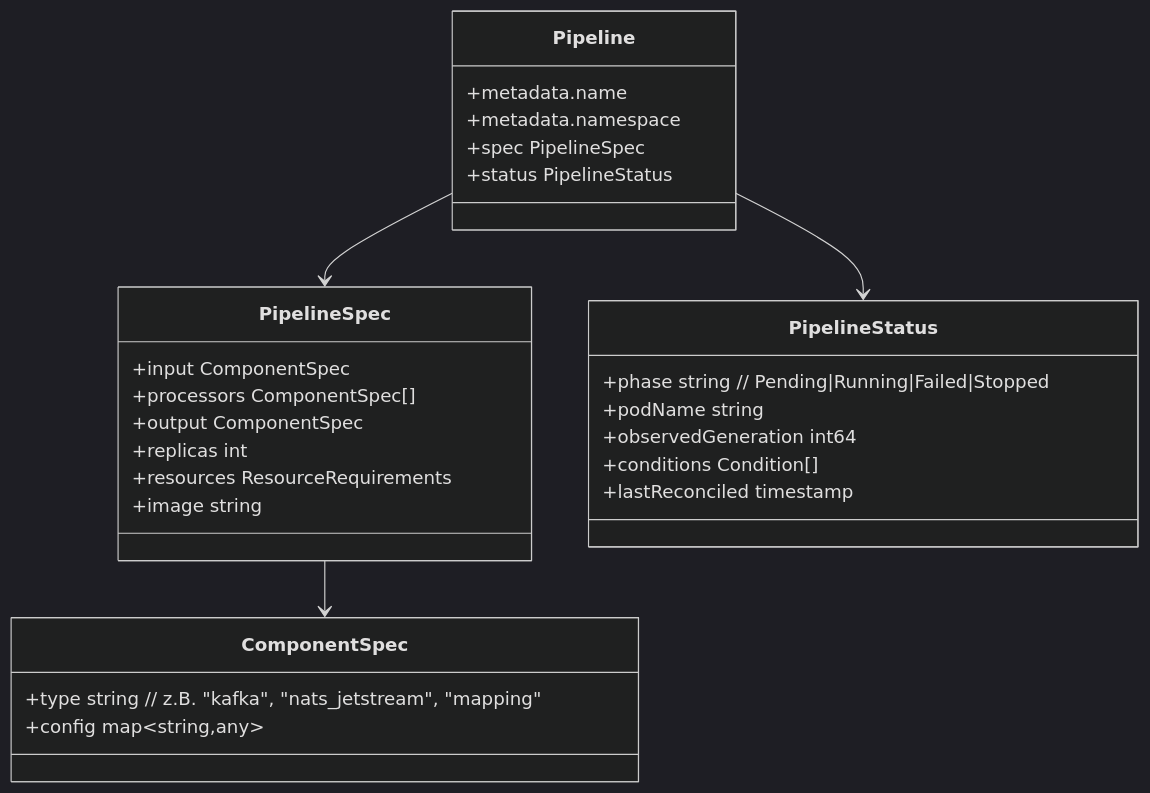
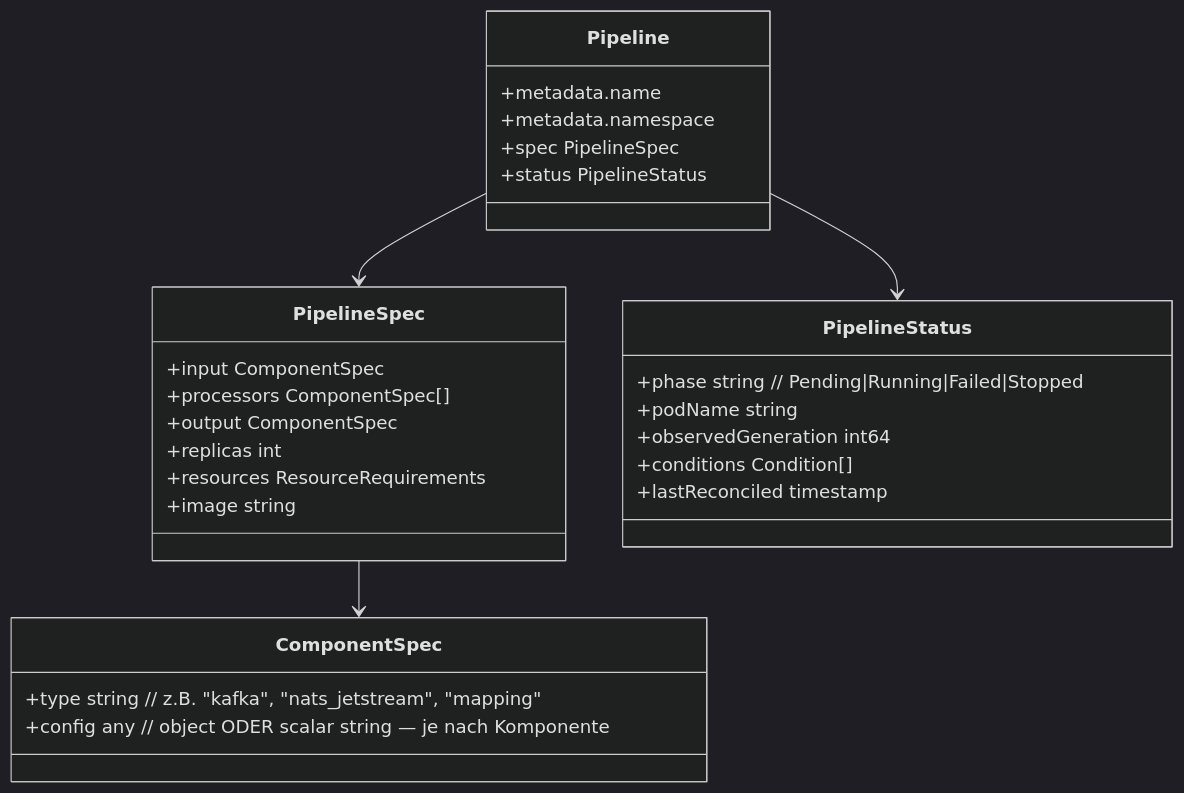
One commit to insidegreen/rpc-operator changed the third of 6 diagrams in ARCHITECTURE.md. Above: the diagram before and after it, drawn with Mermaid (dark theme). The commit also changed other lines of this file and 1 other file, not shown here.

````diff
--- a/ARCHITECTURE.md
+++ b/ARCHITECTURE.md
@@ -120,32 +120,32 @@
 ```mermaid
 classDiagram
     class Pipeline {
       +metadata.name
       +metadata.namespace
       +spec PipelineSpec
       +status PipelineStatus
     }
     class PipelineSpec {
       +input ComponentSpec
       +processors ComponentSpec[]
       +output ComponentSpec
       +replicas int
       +resources ResourceRequirements
       +image string
     }
     class ComponentSpec {
       +type string  // z.B. "kafka", "nats_jetstream", "mapping"
-      +config map~string,any~
+      +config any  // object ODER scalar string — je nach Komponente
     }
     class PipelineStatus {
       +phase string  // Pending|Running|Failed|Stopped
       +podName string
       +observedGeneration int64
       +conditions Condition[]
       +lastReconciled timestamp
     }
 
     Pipeline --> PipelineSpec
     Pipeline --> PipelineStatus
     PipelineSpec --> ComponentSpec
 ```
````
